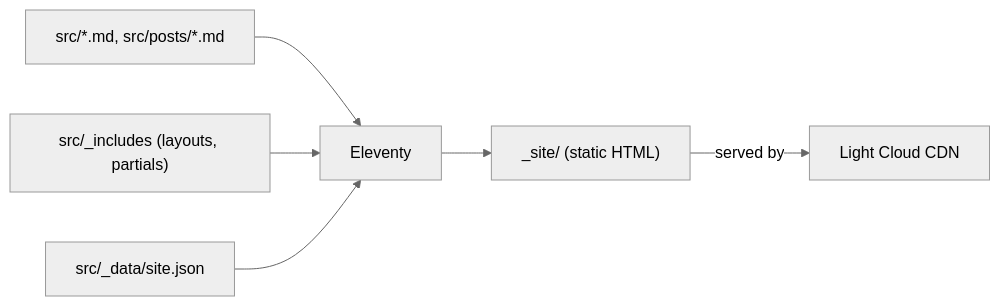
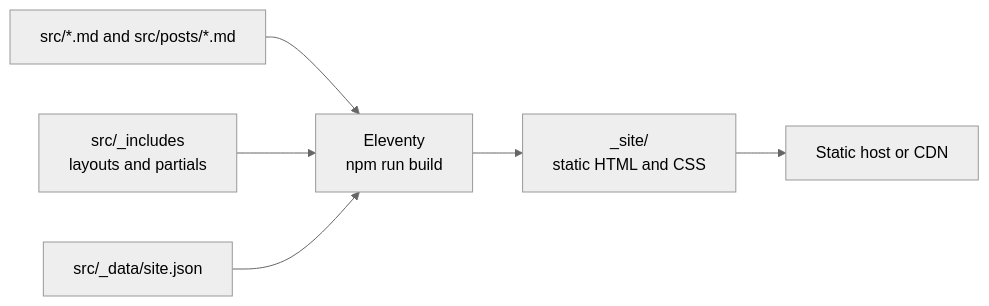
One commit to light-cloud-com/templates changed the diagram in starters/starter-eleventy/README.md. Above: the diagram before and after it, drawn with Mermaid (neutral theme). The commit also changed other lines of this file and 2 other files, not shown here.

First line of the commit message:
README: Eleventy blog starter landing page

````diff
--- a/starters/starter-eleventy/README.md
+++ b/starters/starter-eleventy/README.md
@@ -27,8 +102,8 @@
 ```mermaid
 flowchart LR
-    content["src/*.md, src/posts/*.md"] --> eleventy["Eleventy"]
-    layouts["src/_includes (layouts, partials)"] --> eleventy
+    content["src/*.md and src/posts/*.md"] --> eleventy["Eleventy<br/>npm run build"]
+    layouts["src/_includes<br/>layouts and partials"] --> eleventy
     data["src/_data/site.json"] --> eleventy
-    eleventy --> site["_site/ (static HTML)"]
-    site -->|served by| lc["Light Cloud CDN"]
+    eleventy --> site["_site/<br/>static HTML and CSS"]
+    site --> cdn["Static host or CDN"]
 ```
````
